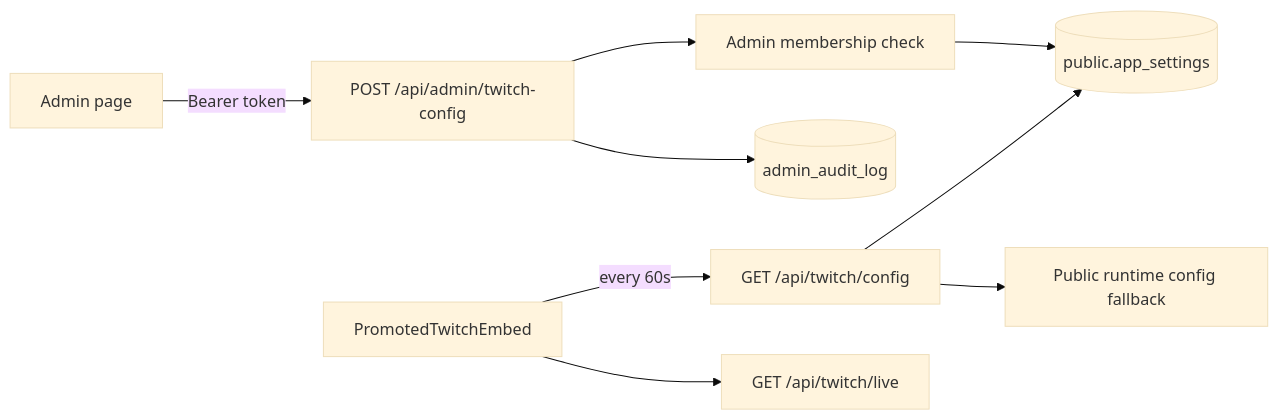
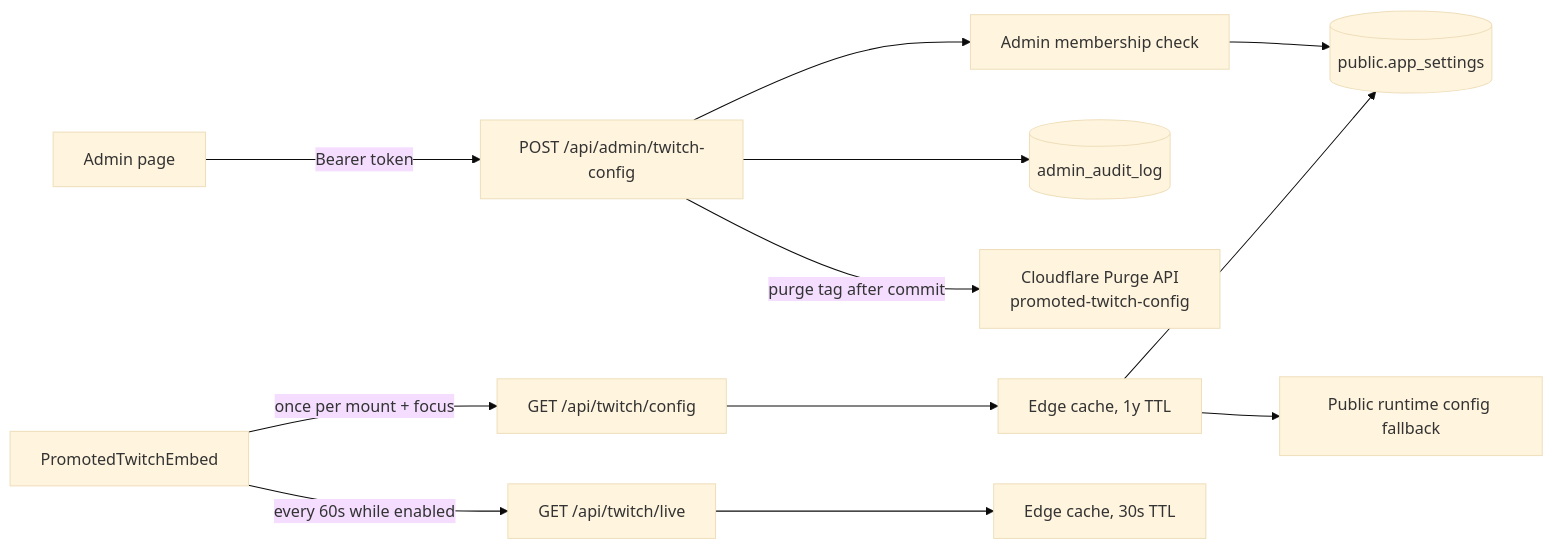
The ninth of 9 diagrams in docs/SYSTEMS.md (tarkovtracker-org/TarkovTracker), drawn with Mermaid (base theme) before and after one commit. The commit also changed other lines of this file and 11 other files, not shown here.

Commit message:
fix(admin): edge-cache promoted Twitch config with tag purge

````diff
--- a/docs/SYSTEMS.md
+++ b/docs/SYSTEMS.md
@@ -881,11 +882,14 @@
 ```mermaid
 flowchart LR
     Admin[Admin page] -->|Bearer token| Write[POST /api/admin/twitch-config]
     Write --> Gate[Admin membership check]
     Gate --> Settings[(public.app_settings)]
     Write --> Audit[(admin_audit_log)]
-    Embed[PromotedTwitchEmbed] -->|every 60s| Read[GET /api/twitch/config]
-    Read --> Settings
-    Read --> Fallback[Public runtime config fallback]
-    Embed --> Live[GET /api/twitch/live]
+    Write -->|purge tag after commit| Purge[Cloudflare Purge API<br/>promoted-twitch-config]
+    Embed[PromotedTwitchEmbed] -->|once per mount + focus| Read[GET /api/twitch/config]
+    Read --> Edge[Edge cache, 1y TTL]
+    Edge --> Settings
+    Edge --> Fallback[Public runtime config fallback]
+    Embed -->|every 60s while enabled| Live[GET /api/twitch/live]
+    Live --> LiveEdge[Edge cache, 30s TTL]
 ```
````
